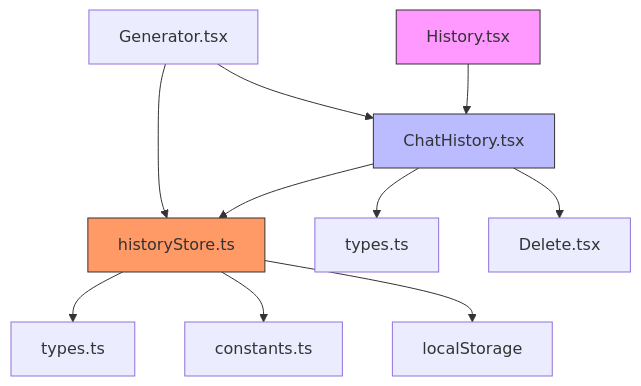
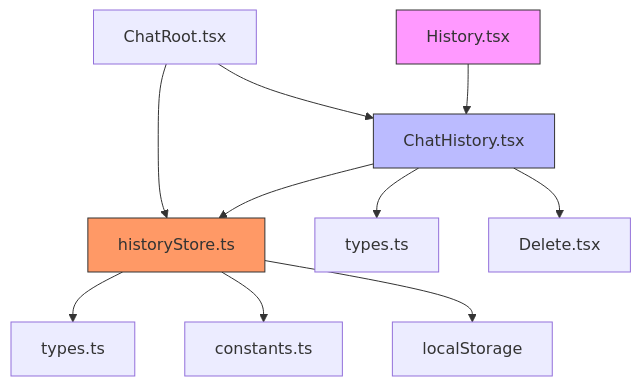
The tenth of 11 diagrams in .qoder/repowiki/zh/content/核心功能详解/对话历史管理.md (zfyime/chat-mini), drawn with Mermaid before and after one commit. The commit also changed other lines of this file and 52 other files, not shown here.

````diff
--- a/.qoder/repowiki/zh/content/核心功能详解/对话历史管理.md
+++ b/.qoder/repowiki/zh/content/核心功能详解/对话历史管理.md
@@ -311,15 +311,15 @@
 ```mermaid
 graph TD
 A[History.tsx] --> B[ChatHistory.tsx]
 B --> C[historyStore.ts]
 C --> D[types.ts]
 C --> E[constants.ts]
 B --> F[types.ts]
 B --> G[Delete.tsx]
 C --> H[localStorage]
-I[Generator.tsx] --> C
+I[ChatRoot.tsx] --> C
 I --> B
 style A fill:#f9f,stroke:#333
 style B fill:#bbf,stroke:#333
 style C fill:#f96,stroke:#333
 ```
````
